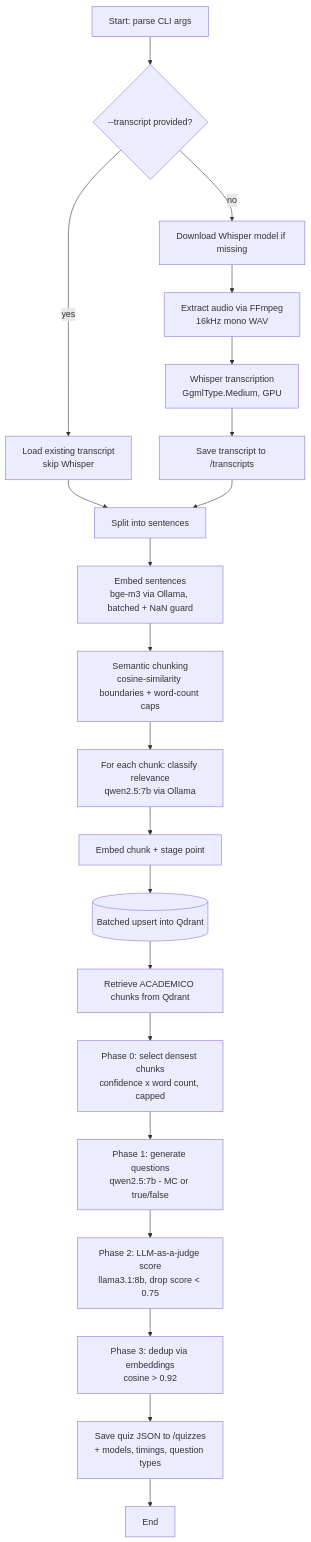
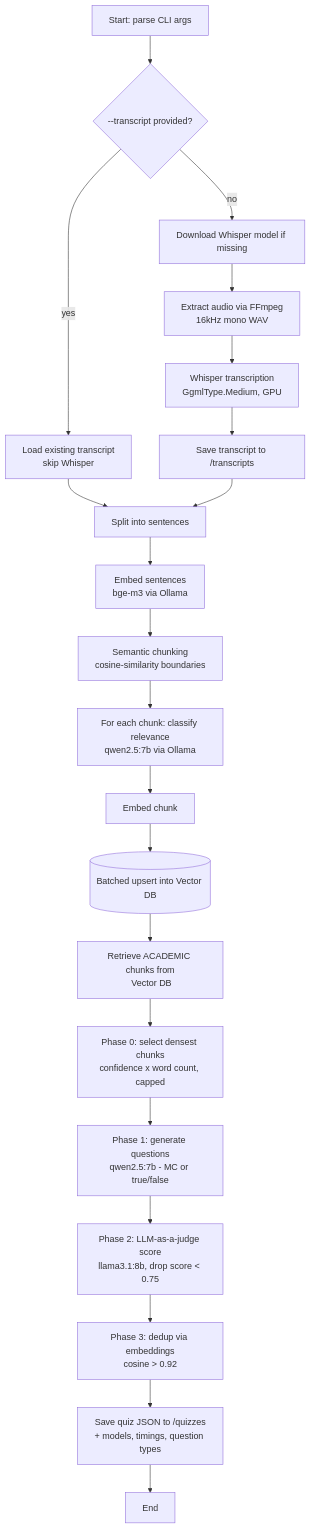
The diagram in findings.md (ESalinasCh/quiz-ia-pipeline), drawn with Mermaid before and after one commit. The commit also changed 2 other files, not shown here.

Commit message:
docs: changed flowchart

````diff
--- a/findings.md
+++ b/findings.md
@@ -106,28 +106,28 @@
 ```mermaid
 flowchart TD
     A[Start: parse CLI args] --> B{--transcript provided?}
 
     B -- yes --> C[Load existing transcript<br/>skip Whisper]
     B -- no --> D[Download Whisper model if missing]
     D --> E[Extract audio via FFmpeg<br/>16kHz mono WAV]
     E --> F[Whisper transcription<br/>GgmlType.Medium, GPU]
     F --> G[Save transcript to /transcripts]
 
     C --> H[Split into sentences]
     G --> H
 
-    H --> I[Embed sentences<br/>bge-m3 via Ollama, batched + NaN guard]
-    I --> J[Semantic chunking<br/>cosine-similarity boundaries + word-count caps]
+    H --> I[Embed sentences<br/>bge-m3 via Ollama]
+    I --> J[Semantic chunking<br/>cosine-similarity boundaries]
 
     J --> K[For each chunk: classify relevance<br/>qwen2.5:7b via Ollama]
-    K --> L[Embed chunk + stage point]
-    L --> M[(Batched upsert into Qdrant)]
+    K --> L[Embed chunk]
+    L --> M[(Batched upsert into Vector DB)]
 
-    M --> N[Retrieve ACADEMICO chunks from Qdrant]
+    M --> N[Retrieve ACADEMIC chunks from<br/> Vector DB]
     N --> O[Phase 0: select densest chunks<br/>confidence x word count, capped]
     O --> P[Phase 1: generate questions<br/>qwen2.5:7b - MC or true/false]
     P --> Q[Phase 2: LLM-as-a-judge score<br/>llama3.1:8b, drop score &lt; 0.75]
     Q --> R[Phase 3: dedup via embeddings<br/>cosine &gt; 0.92]
     R --> S[Save quiz JSON to /quizzes<br/>+ models, timings, question types]
     S --> T[End]
 ```
````
